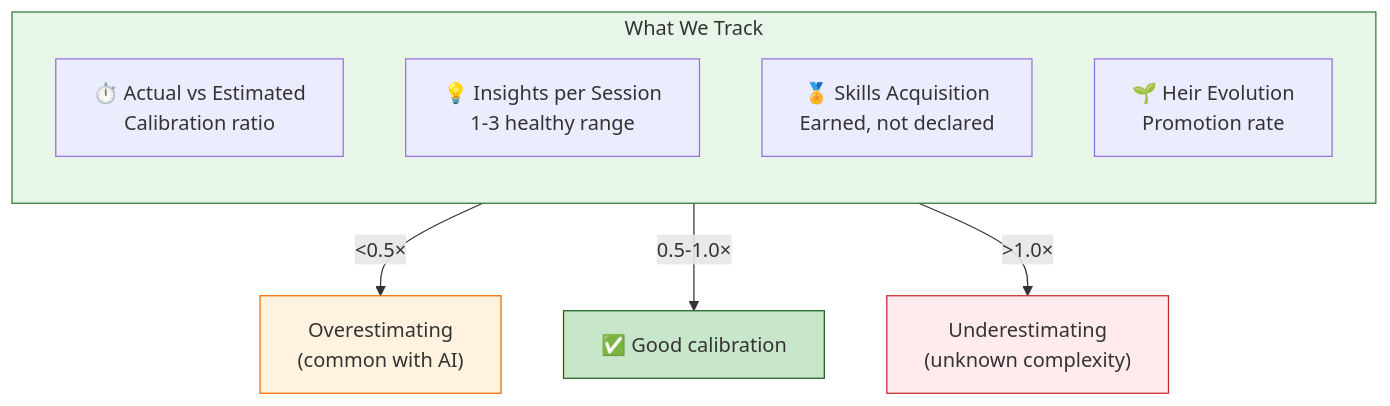
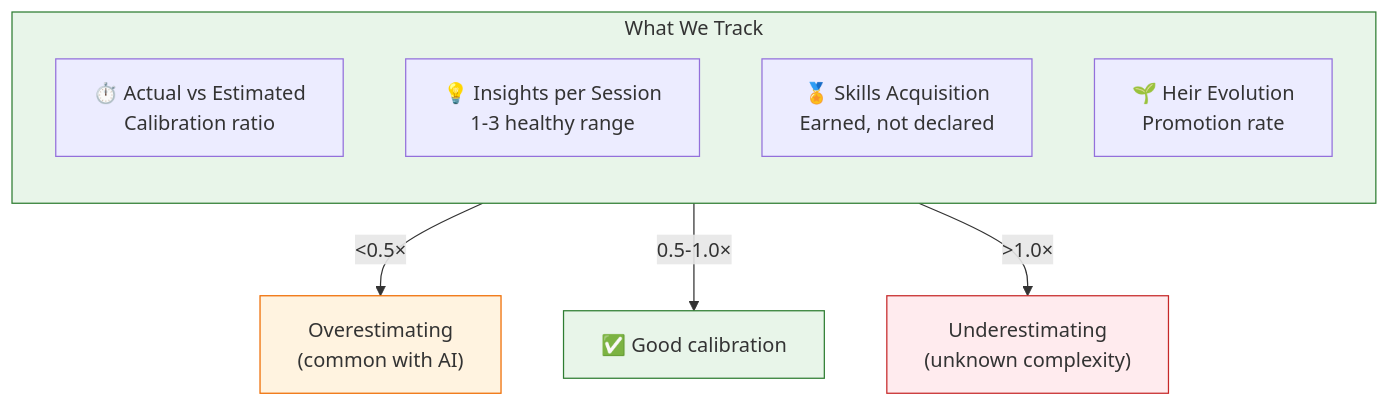
Before and after one commit to fabioc-aloha/Alex_Plug_In: diagram 14 of 17 in alex_docs/AI-ASSISTED-DEVELOPMENT-METHODOLOGY.md, drawn with Mermaid. The commit also changed other lines of this file, not shown here.

First line of the commit message:
style: polish Mermaid diagrams with GitHub-compatible color scheme

````diff
--- a/alex_docs/AI-ASSISTED-DEVELOPMENT-METHODOLOGY.md
+++ b/alex_docs/AI-ASSISTED-DEVELOPMENT-METHODOLOGY.md
@@ -742,19 +744,19 @@
 ```mermaid
 flowchart TB
     subgraph Metrics["What We Track"]
         direction TB
         M1["⏱️ Actual vs Estimated\nCalibration ratio"]
         M2["💡 Insights per Session\n1-3 healthy range"]
         M3["🏅 Skills Acquisition\nEarned, not declared"]
         M4["🌱 Heir Evolution\nPromotion rate"]
     end
 
     M1 --> |"<0.5×"| Over["Overestimating\n(common with AI)"]
     M1 --> |"0.5-1.0×"| Good["✅ Good calibration"]
     M1 --> |">1.0×"| Under["Underestimating\n(unknown complexity)"]
 
     style Metrics fill:#e8f5e9,stroke:#2e7d32
-    style Good fill:#c8e6c9,stroke:#1b5e20
+    style Good fill:#e8f5e9,stroke:#2e7d32
     style Over fill:#fff3e0,stroke:#ef6c00
     style Under fill:#ffebee,stroke:#c62828
 ```
````
